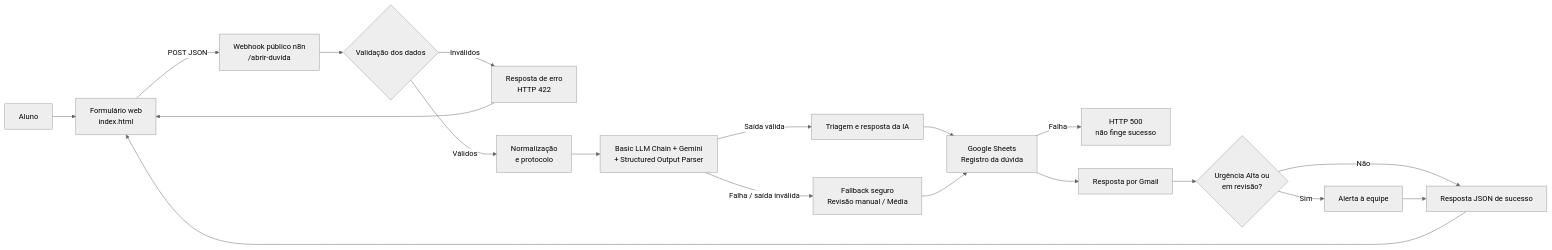
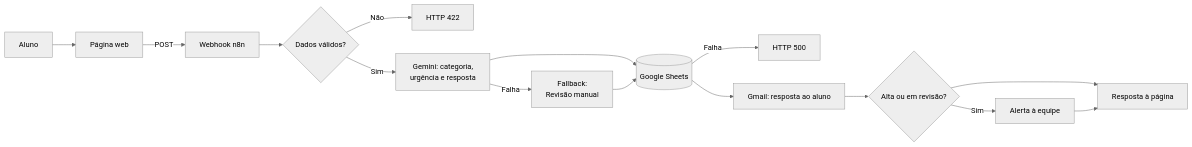
The third of 4 diagrams in Unidade4/Projeto-Chatbot/central_de_duvidas_chatbot/README.md (SoaresDiego8/Tendencia-Em-Ciencia-da-Computacao), drawn with Mermaid (neutral theme) before and after one commit. The commit also changed other lines of this file, not shown here.

````diff
--- a/Unidade4/Projeto-Chatbot/central_de_duvidas_chatbot/README.md
+++ b/Unidade4/Projeto-Chatbot/central_de_duvidas_chatbot/README.md
@@ -60,21 +227,17 @@
 ```mermaid
 flowchart LR
-    U[Aluno] --> F[Formulário web\nindex.html]
-    F -->|POST JSON| W[Webhook público n8n\n/abrir-duvida]
-    W --> V{Validação dos dados}
-    V -->|Inválidos| E[Resposta de erro\nHTTP 422]
-    E --> F
-    V -->|Válidos| N[Normalização\ne protocolo]
-    N --> AI[Basic LLM Chain + Gemini\n+ Structured Output Parser]
-    AI -->|Saída válida| OK[Triagem e resposta da IA]
-    AI -->|Falha / saída inválida| FB[Fallback seguro\nRevisão manual / Média]
-    OK --> S[Google Sheets\nRegistro da dúvida]
+    U[Aluno] --> F[Página web]
+    F -->|POST| W[Webhook n8n]
+    W --> V{Dados válidos?}
+    V -->|Não| E[HTTP 422]
+    V -->|Sim| AI[Gemini: categoria,<br/>urgência e resposta]
+    AI -->|Falha| FB[Fallback:<br/>Revisão manual]
+    AI --> S[(Google Sheets)]
     FB --> S
-    S -->|Falha| E5[HTTP 500\nnão finge sucesso]
-    S --> M[Resposta por Gmail]
-    M --> P{Urgência Alta ou\nem revisão?}
+    S -->|Falha| E5[HTTP 500]
+    S --> M[Gmail: resposta ao aluno]
+    M --> P{Alta ou em revisão?}
     P -->|Sim| A[Alerta à equipe]
-    P -->|Não| R[Resposta JSON de sucesso]
+    P --> R[Resposta à página]
     A --> R
-    R --> F
 ```
````
